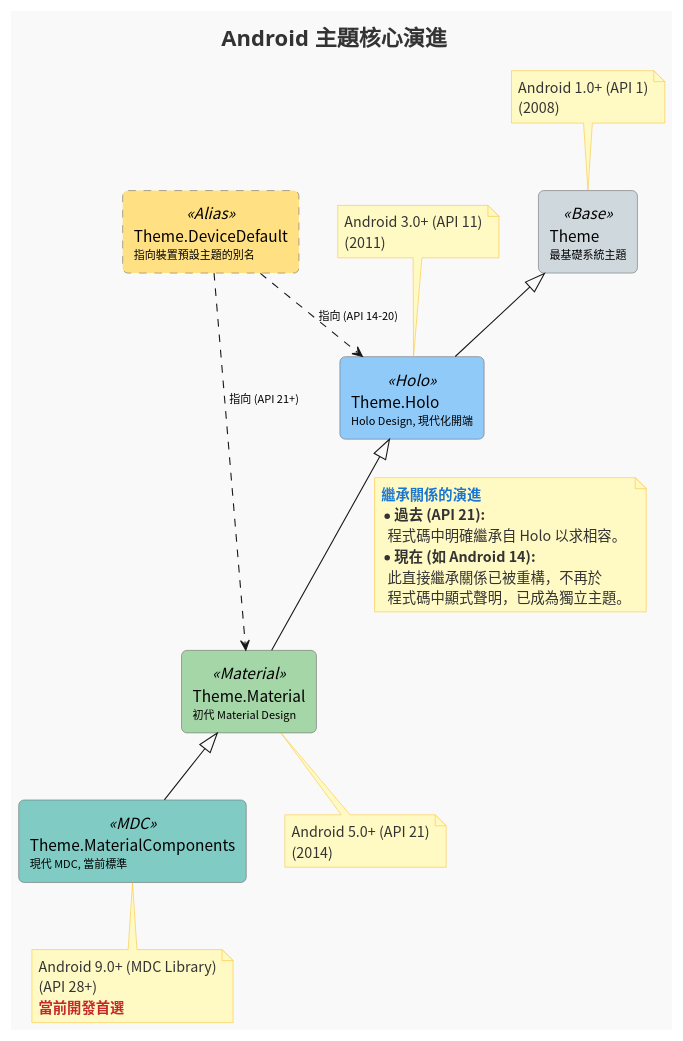
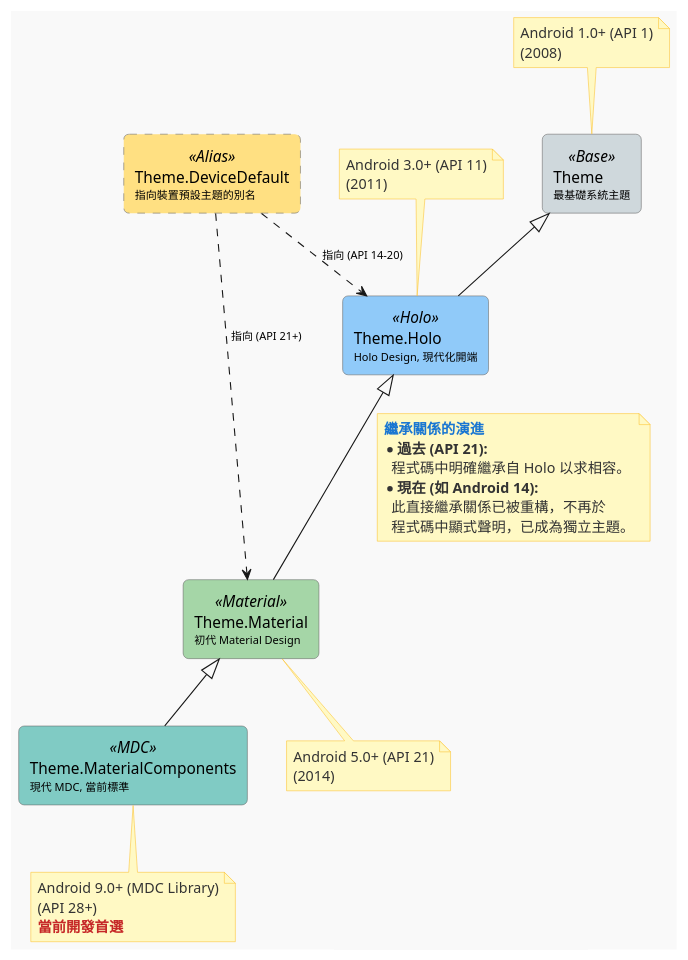
The diagram in docs/images/plantuml/platform-theme.puml (Ethen-Cao/ethenslab), drawn with PlantUML before and after one commit. The commit also changed 3 other files, not shown here.

```diff
--- a/docs/images/plantuml/platform-theme.puml
+++ b/docs/images/plantuml/platform-theme.puml
@@ -1,107 +1,107 @@
 @startuml
 ' === Style Configuration ===
-skinparam defaultFontName "Noto Sans CJK TC"
+skinparam defaultFontName "SimSun"
 skinparam backgroundColor #F9F9F9
 skinparam shadowing false
 skinparam title {
   FontColor #333333
   FontSize 20
   FontName "Verdana"
 }
 skinparam rectangle {
   BorderColor #666666
   FontColor #000000
   RoundCorner 10
 }
 skinparam stereotype {
   FontColor #FFFFFF
   BorderColor #555555
   FontSize 10
   FontName "Verdana"
 }
 skinparam rectangle<<Base>> {
   BackgroundColor #CFD8DC
   StereotypeFontColor #000000
 }
 skinparam rectangle<<Holo>> {
   BackgroundColor #90CAF9
 }
 skinparam rectangle<<Material>> {
   BackgroundColor #A5D6A7
 }
 skinparam rectangle<<MDC>> {
   BackgroundColor #80CBC4
   StereotypeFontColor #000000
 }
 skinparam rectangle<<Alias>> {
   BackgroundColor #FFE082
   BorderStyle dashed
   StereotypeFontColor #000000
 }
 skinparam note {
   BackgroundColor #FFF9C4
   BorderColor #FBC02D
   FontColor #333333
 }
 ' skinparam note on link {
 '   BackgroundColor #FFFFFF
 '   BorderColor #42A5F5
 ' }
 
-title Android 主題核心演進
+' title Android主题演进
 
 ' === Core Theme Definitions (Corrected Stereotype Syntax) ===
 rectangle "Theme\n<size:10>最基礎系統主題" <<Base>> as Theme_Base
 
 rectangle "Theme.Holo\n<size:10>Holo Design, 現代化開端" <<Holo>> as Theme_Holo
 
 rectangle "Theme.Material\n<size:10>初代 Material Design" <<Material>> as Theme_Material
 
 rectangle "Theme.MaterialComponents\n<size:10>現代 MDC, 當前標準" <<MDC>> as Theme_MDC
 
 rectangle "Theme.DeviceDefault\n<size:10>指向裝置預設主題的別名" <<Alias>> as Theme_DeviceDefault
 
 
 ' === Core Inheritance Chain ===
 Theme_Base <|-- Theme_Holo
 Theme_Material <|-- Theme_MDC
 
 ' --- The Evolved Relationship ---
 Theme_Holo <|-- Theme_Material
 note on link
   <b><color:#1976D2>繼承關係的演進</color></b>
   * <b>過去 (API 21):</b>
     程式碼中明確繼承自 Holo 以求相容。
   * <b>現在 (如 Android 14):</b>
     此直接繼承關係已被重構，不再於
     程式碼中顯式聲明，已成為獨立主題。
 end note
 
 
 ' === DeviceDefault Alias Logic ===
 Theme_DeviceDefault ..> Theme_Holo : <size:10>指向 (API 14-20)
 Theme_DeviceDefault ..> Theme_Material : <size:10>指向 (API 21+)
 
 ' === Version & API Level Notes ===
 note top of Theme_Base
   Android 1.0+ (API 1)
   (2008)
 end note
 
 note top of Theme_Holo
   Android 3.0+ (API 11)
   (2011)
 end note
 
 note bottom of Theme_Material
   Android 5.0+ (API 21)
   (2014)
 end note
 
 note bottom of Theme_MDC
   Android 9.0+ (MDC Library)
   (API 28+)
   <b><color:#C62828>當前開發首選</color></b>
 end note
 
 @enduml
```
